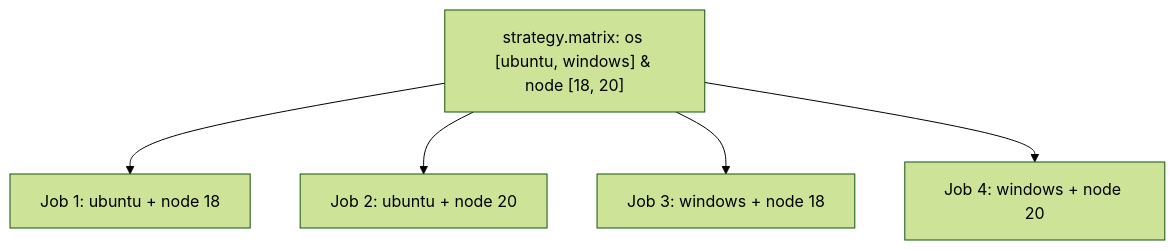
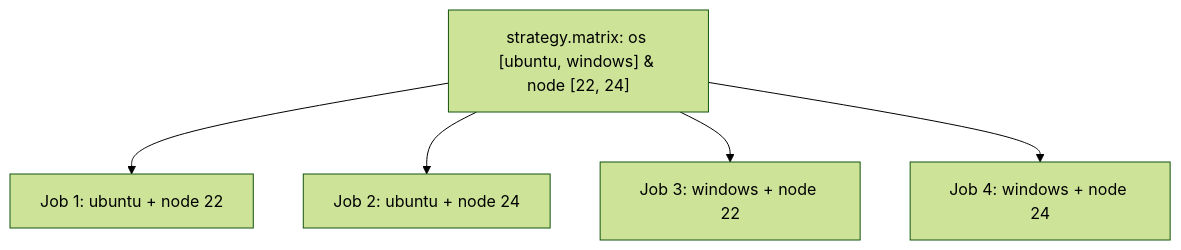
The diagram in courses/07-github-actions/14-matrix-strategy/lesson.md (maitamdev/Git), drawn with Mermaid (forest theme) before and after one commit. The commit also changed other lines of this file and 478 other files, not shown here.

````diff
--- a/courses/07-github-actions/14-matrix-strategy/lesson.md
+++ b/courses/07-github-actions/14-matrix-strategy/lesson.md
@@ -34,7 +34,7 @@
 ```mermaid
 flowchart TD
-    Config["strategy.matrix: os [ubuntu, windows] & node [18, 20]"] --> M1["Job 1: ubuntu + node 18"]
-    Config --> M2["Job 2: ubuntu + node 20"]
-    Config --> M3["Job 3: windows + node 18"]
-    Config --> M4["Job 4: windows + node 20"]
+Config["strategy.matrix: os [ubuntu, windows] & node [22, 24]"] --> M1["Job 1: ubuntu + node 22"]
+Config --> M2["Job 2: ubuntu + node 24"]
+Config --> M3["Job 3: windows + node 22"]
+Config --> M4["Job 4: windows + node 24"]
 ```
````
